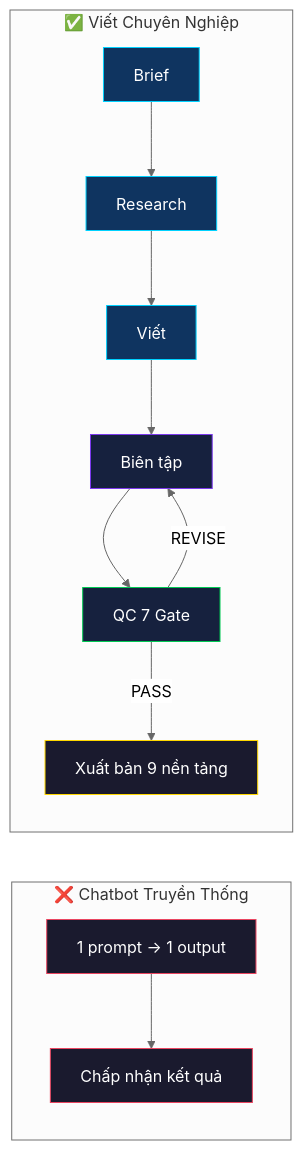
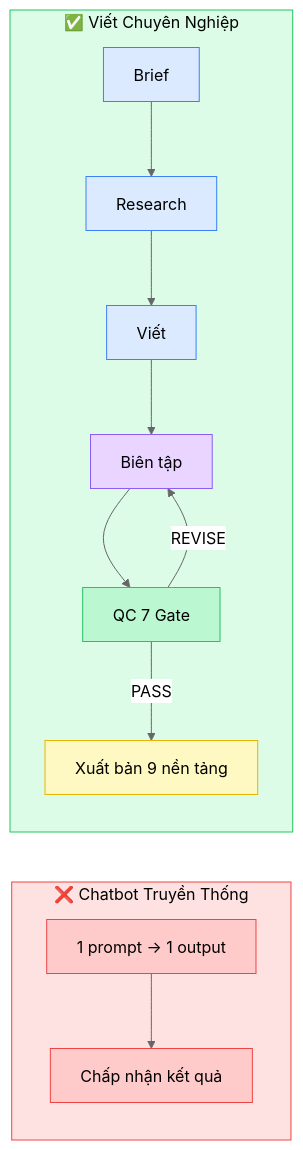
One commit to xaotiensinh-abm/viet-chuyen-nghiep changed the first of 7 diagrams in README.md. Above: the diagram before and after it, drawn with Mermaid (neutral theme). The commit also changed other lines of this file, not shown here.

Commit message:
🎨 Fix Mermaid colors — light palette for GitHub dark/light theme compatibility

````diff
--- a/README.md
+++ b/README.md
@@ -27,23 +27,25 @@
 ```mermaid
 graph LR
-    subgraph "❌ Chatbot Truyền Thống"
+    subgraph OLD["❌ Chatbot Truyền Thống"]
         A["1 prompt → 1 output"] --> B["Chấp nhận kết quả"]
     end
-    subgraph "✅ Viết Chuyên Nghiệp"
+    subgraph NEW["✅ Viết Chuyên Nghiệp"]
         C["Brief"] --> D["Research"]
         D --> E["Viết"]
         E --> F["Biên tập"]
         F --> G["QC 7 Gate"]
-        G -->|"PASS"| H["Xuất bản 9 nền tảng"]
-        G -->|"REVISE"| F
+        G -->|PASS| H["Xuất bản 9 nền tảng"]
+        G -->|REVISE| F
     end
 
-    style A fill:#1a1a2e,stroke:#e94560,color:#fff
-    style B fill:#1a1a2e,stroke:#e94560,color:#fff
-    style C fill:#0f3460,stroke:#00d2ff,color:#fff
-    style D fill:#0f3460,stroke:#00d2ff,color:#fff
-    style E fill:#0f3460,stroke:#00d2ff,color:#fff
-    style F fill:#16213e,stroke:#7C3AED,color:#fff
-    style G fill:#16213e,stroke:#00C853,color:#fff
-    style H fill:#1a1a2e,stroke:#FFD700,color:#fff
+    style OLD fill:#fee2e2,stroke:#ef4444,color:#000
+    style NEW fill:#dcfce7,stroke:#22c55e,color:#000
+    style A fill:#fecaca,stroke:#ef4444,color:#000
+    style B fill:#fecaca,stroke:#ef4444,color:#000
+    style C fill:#dbeafe,stroke:#3b82f6,color:#000
+    style D fill:#dbeafe,stroke:#3b82f6,color:#000
+    style E fill:#dbeafe,stroke:#3b82f6,color:#000
+    style F fill:#e9d5ff,stroke:#8b5cf6,color:#000
+    style G fill:#bbf7d0,stroke:#22c55e,color:#000
+    style H fill:#fef9c3,stroke:#eab308,color:#000
 ```
````
